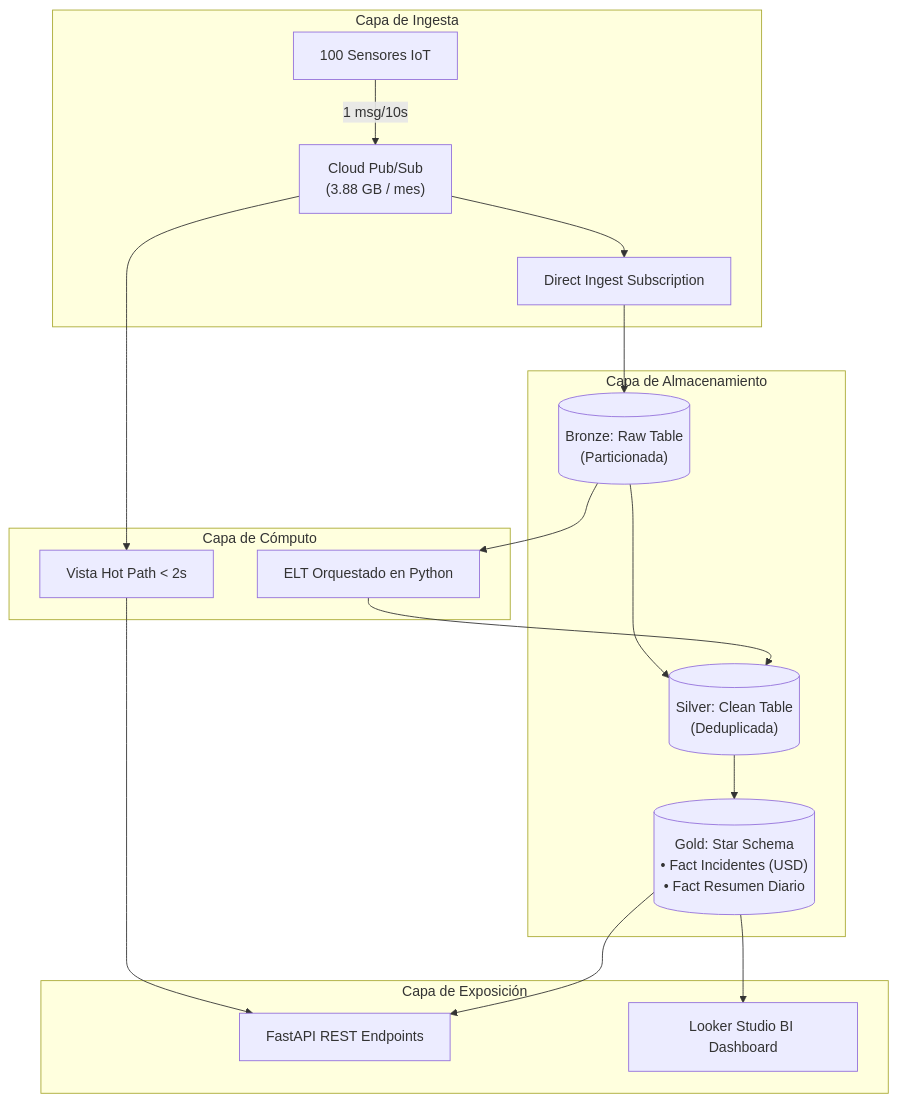
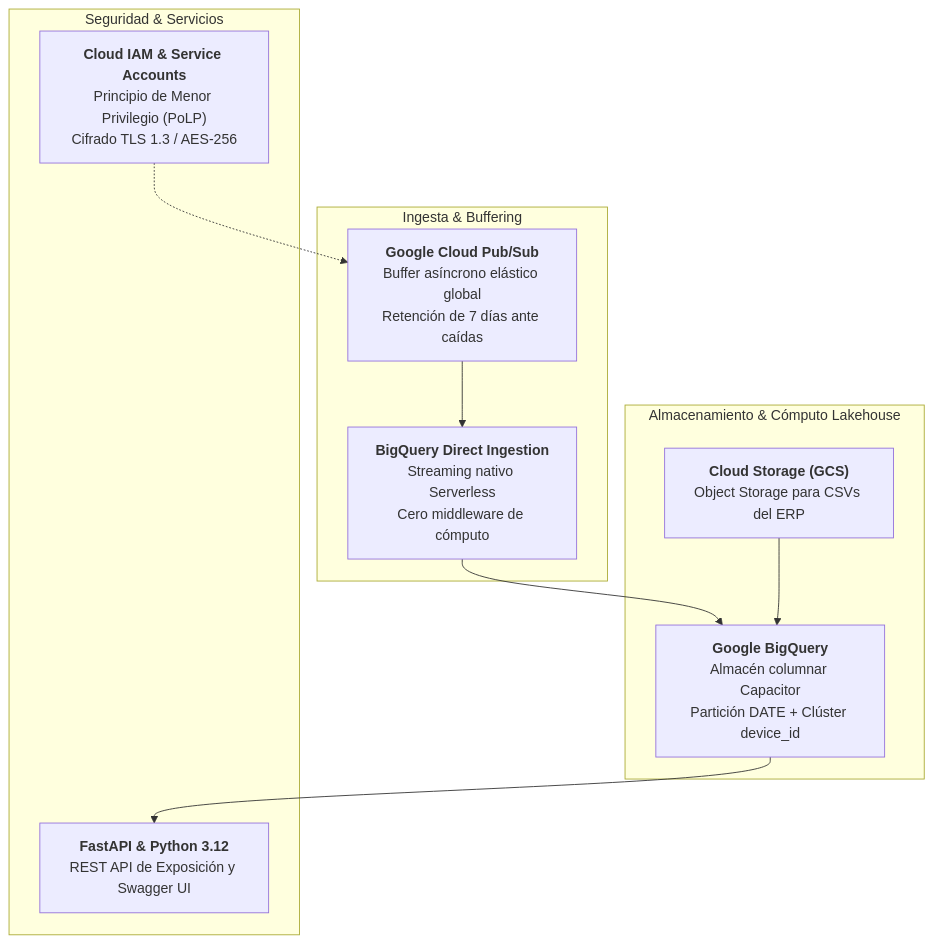
The second of 5 diagrams in informe/SLIDES_SUSTENTACION.md (gsoto1872-blip/iot-coldchain), drawn with Mermaid before and after one commit. The commit also changed other lines of this file and 1 other file, not shown here.

````diff
--- a/informe/SLIDES_SUSTENTACION.md
+++ b/informe/SLIDES_SUSTENTACION.md
@@ -107,28 +106,22 @@
 ```mermaid
 flowchart TD
-    subgraph Ingesta["Capa de Ingesta"]
-        Dev["100 Sensores IoT"] -->|1 msg/10s| PS["Cloud Pub/Sub<br/>(3.88 GB / mes)"]
-        PS --> Sub["Direct Ingest Subscription"]
+    subgraph Ingestion["Ingesta & Buffering"]
+        PS["<b>Google Cloud Pub/Sub</b><br/>Buffer asíncrono elástico global<br/>Retención de 7 días ante caídas"]
+        SubBQ["<b>BigQuery Direct Ingestion</b><br/>Streaming nativo Serverless<br/>Cero middleware de cómputo"]
     end
 
-    subgraph Almacenamiento["Capa de Almacenamiento"]
-        Sub --> BQ_B[("Bronze: Raw Table<br/>(Particionada)")]
-        BQ_B --> BQ_S[("Silver: Clean Table<br/>(Deduplicada)")]
-        BQ_S --> BQ_G[("Gold: Star Schema<br/>• Fact Incidentes (USD)<br/>• Fact Resumen Diario")]
+    subgraph StorageCompute["Almacenamiento & Cómputo Lakehouse"]
+        BQ["<b>Google BigQuery</b><br/>Almacén columnar Capacitor<br/>Partición DATE + Clúster device_id"]
+        GCS["<b>Cloud Storage (GCS)</b><br/>Object Storage para CSVs del ERP"]
     end
 
-    subgraph Cómputo["Capa de Cómputo"]
-        HotView["Vista Hot Path &lt; 2s"]
-        BatchJob["ELT Orquestado en Python"]
+    subgraph SecurityServices["Seguridad & Servicios"]
+        IAM["<b>Cloud IAM & Service Accounts</b><br/>Principio de Menor Privilegio (PoLP)<br/>Cifrado TLS 1.3 / AES-256"]
+        API["<b>FastAPI & Python 3.12</b><br/>REST API de Exposición y Swagger UI"]
     end
 
-    subgraph Consumo["Capa de Exposición"]
-        API["FastAPI REST Endpoints"]
-        BI["Looker Studio BI Dashboard"]
-    end
-
-    PS --> HotView --> API
-    BQ_B --> BatchJob --> BQ_S
-    BQ_G --> API
-    BQ_G --> BI
+    PS --> SubBQ --> BQ
+    GCS --> BQ
+    IAM -.-> PS
+    BQ --> API
 ```
````
